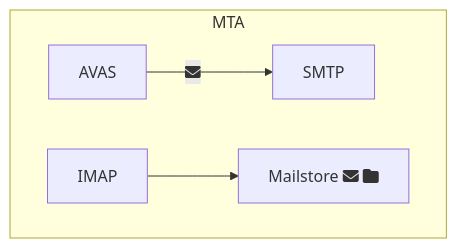
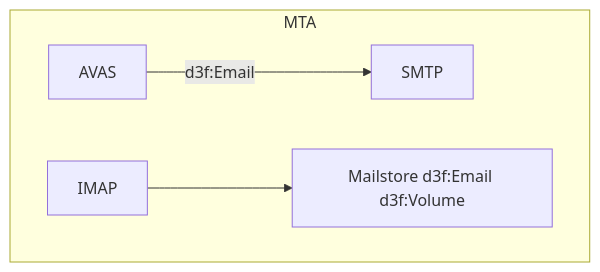
The second of 4 diagrams in docs/static/examples/mermaid/webmail.md (par-tec/d3fend-tools), drawn with Mermaid before and after one commit. The commit also changed other lines of this file and 7 other files, not shown here.

````diff
--- a/docs/static/examples/mermaid/webmail.md
+++ b/docs/static/examples/mermaid/webmail.md
@@ -27,9 +27,9 @@
 ```mermaid
 
 graph
 
 subgraph MTA
-AVAS -->|fa:fa-envelope| SMTP
-IMAP --> Mailstore[Mailstore fa:fa-envelope fa:fa-folder]
+AVAS -->|d3f:Email| SMTP
+IMAP --> Mailstore[Mailstore d3f:Email d3f:Volume]
 end
 ```
````
